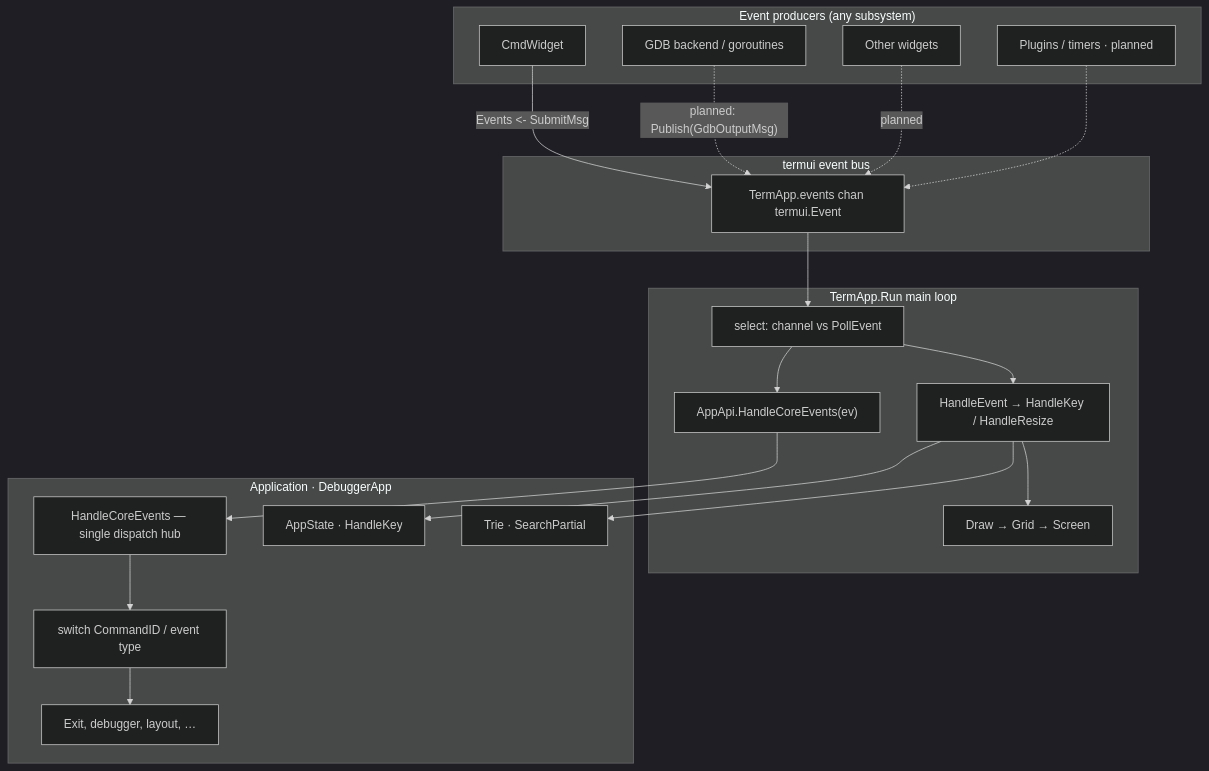
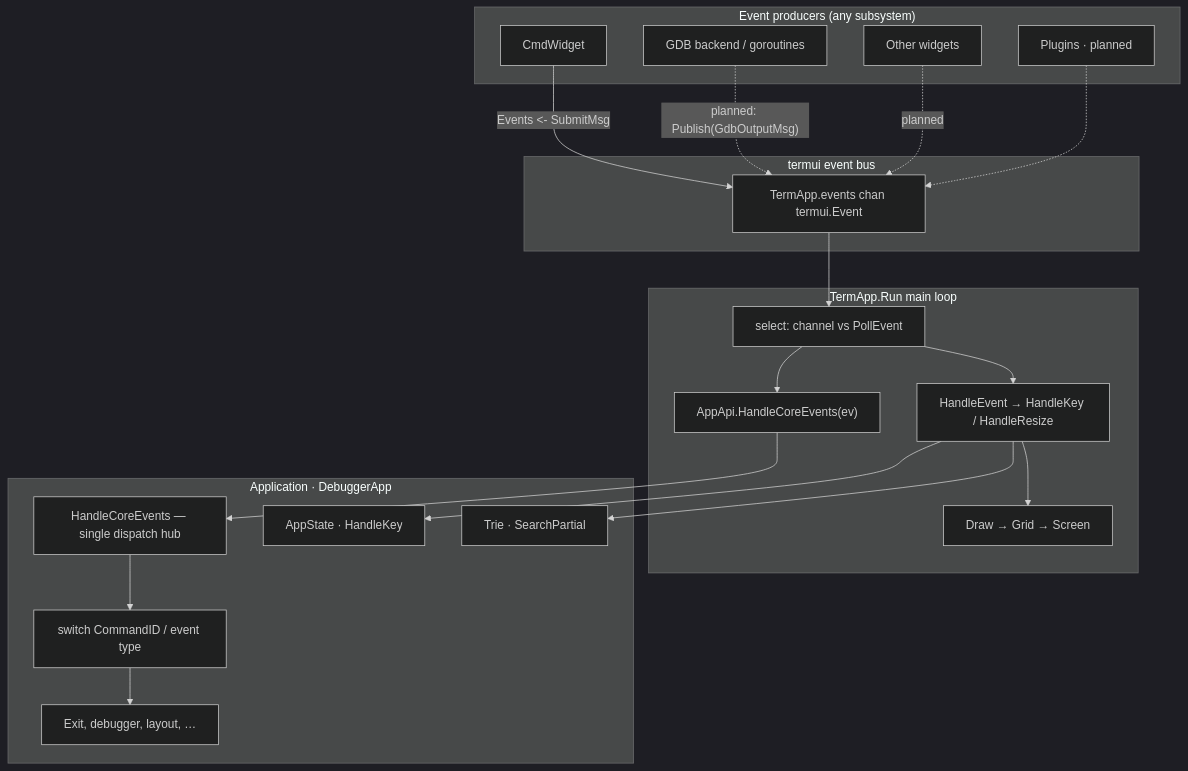
Before and after one commit to yairgd/gdbforge: the diagram in docs/diagrams/event_bus.mermaid, drawn with Mermaid (dark theme). The commit also changed 12 other files, not shown here.

```diff
--- a/docs/diagrams/event_bus.mermaid
+++ b/docs/diagrams/event_bus.mermaid
@@ -1,40 +1,40 @@
 flowchart TB
     subgraph Producers["Event producers (any subsystem)"]
         CmdW["CmdWidget"]
         GDB["GDB backend / goroutines"]
         Widgets["Other widgets"]
-        Future["Plugins / timers · planned"]
+        Future["Plugins · planned"]
     end
 
     subgraph Bus["termui event bus"]
         Chan["TermApp.events chan termui.Event"]
     end
 
     subgraph Loop["TermApp.Run main loop"]
         Select["select: channel vs PollEvent"]
         CoreDispatch["AppApi.HandleCoreEvents(ev)"]
         TcellDispatch["HandleEvent → HandleKey / HandleResize"]
         Draw["Draw → Grid → Screen"]
     end
 
     subgraph App["Application · DebuggerApp"]
         Handler["HandleCoreEvents — single dispatch hub"]
         CmdSwitch["switch CommandID / event type"]
         Modes["AppState · HandleKey"]
         Trie["Trie · SearchPartial"]
         Actions["Exit, debugger, layout, …"]
     end
 
     CmdW -->|"Events <- SubmitMsg"| Chan
     GDB -.->|"planned: Publish(GdbOutputMsg)"| Chan
     Widgets -.->|"planned"| Chan
     Future -.-> Chan
 
     Chan --> Select
     Select --> CoreDispatch
     CoreDispatch --> Handler --> CmdSwitch --> Actions
 
     Select --> TcellDispatch
     TcellDispatch --> Modes
     TcellDispatch --> Trie
     TcellDispatch --> Draw
```
